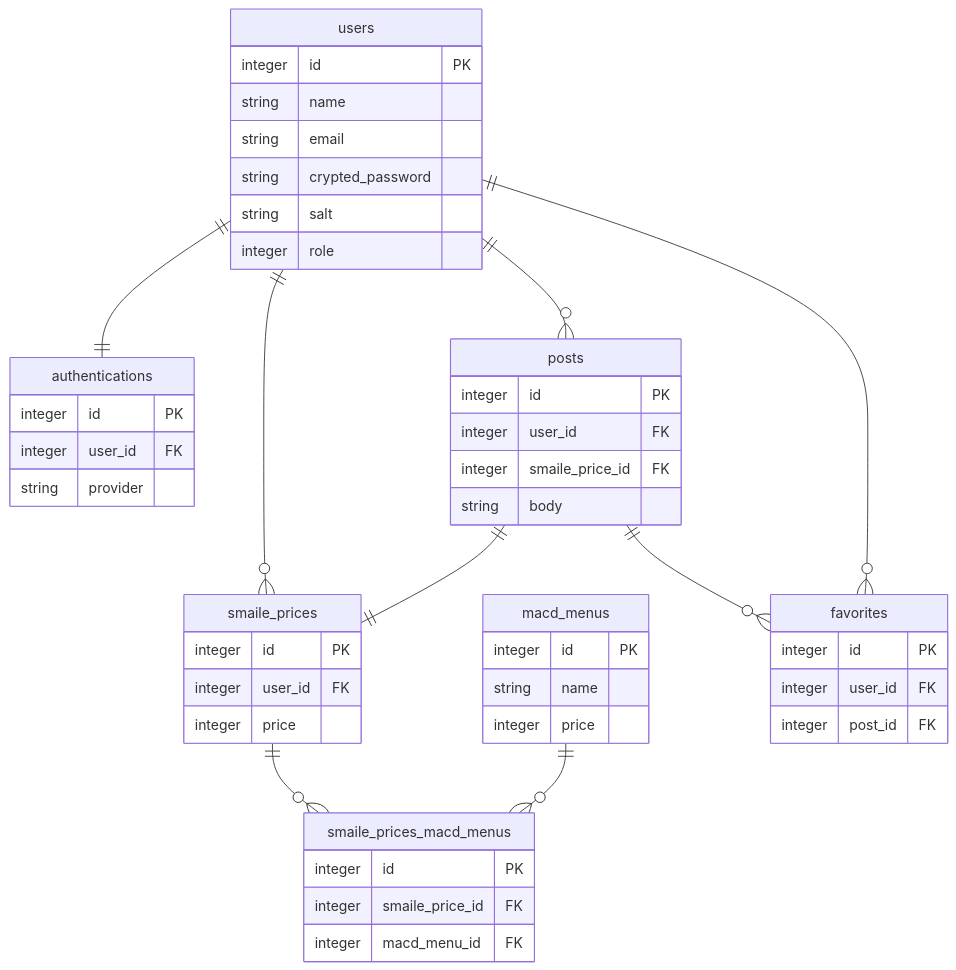
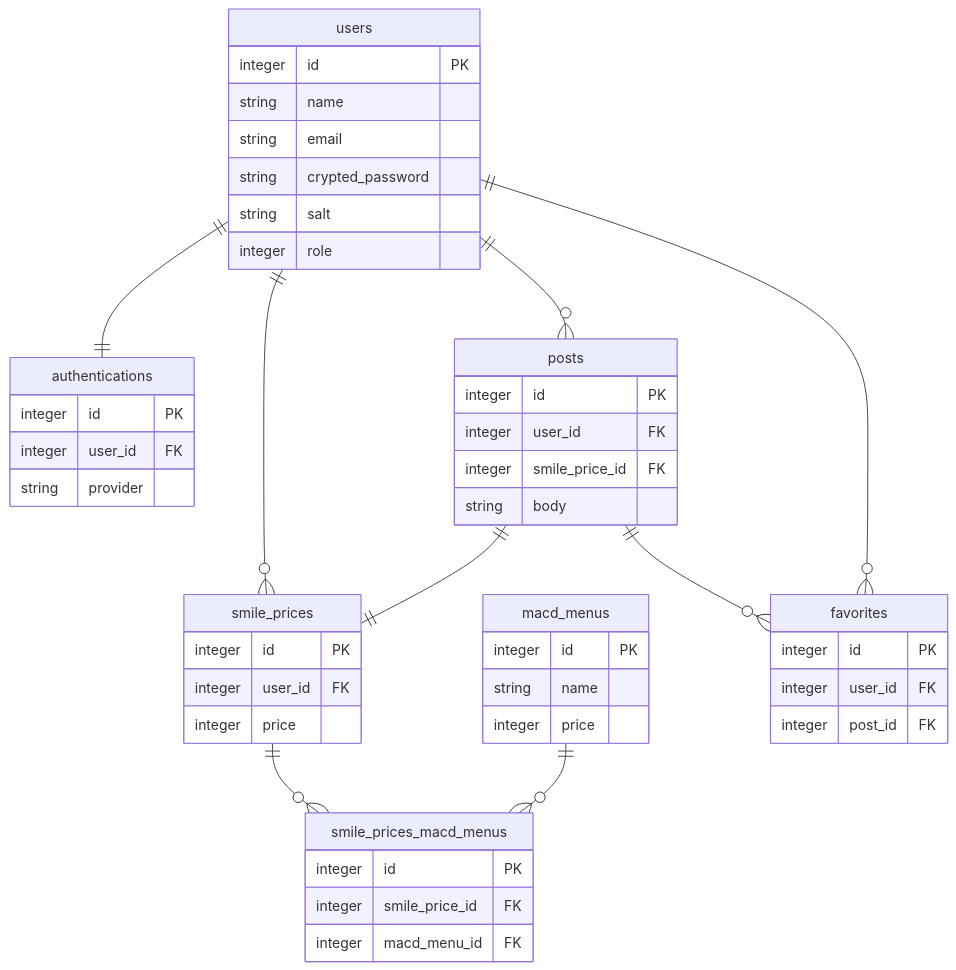
Before and after one commit to tsukudakouhei/smile_howmach: the diagram in er_diagram.mmd, drawn with Mermaid.

Commit message:
Fix: 誤字を修正

```diff
--- a/er_diagram.mmd
+++ b/er_diagram.mmd
@@ -1,56 +1,56 @@
 erDiagram
 
 users {
 	integer id PK
   string name
   string email
 	string crypted_password
 	string salt
 	integer role
 }
 
 authentications {
 	integer id PK
   integer user_id FK
   string provider
 }
 
-smaile_prices {
+smile_prices {
 	integer id PK
 	integer user_id FK
 	integer price
 }
 
 macd_menus {
 	integer id PK
 	string name
 	integer price
 }
 
-smaile_prices_macd_menus {
+smile_prices_macd_menus {
 	integer id PK
-	integer smaile_price_id FK
+	integer smile_price_id FK
 	integer  macd_menu_id FK
 }
 
 posts {
 	integer id PK
 	integer user_id FK
-	integer smaile_price_id FK
+	integer smile_price_id FK
 	string body
 }
 
 favorites {
 	integer id PK
 	integer user_id FK
 	integer post_id FK
 }
 
 users ||--|| authentications: ""
-users ||--o{ smaile_prices: ""
-smaile_prices ||--o{ smaile_prices_macd_menus: ""
-macd_menus ||--o{ smaile_prices_macd_menus: ""
+users ||--o{ smile_prices: ""
+smile_prices ||--o{ smile_prices_macd_menus: ""
+macd_menus ||--o{ smile_prices_macd_menus: ""
 users ||--o{ posts: ""
-posts ||--|| smaile_prices:""
+posts ||--|| smile_prices:""
 users ||--o{ favorites: ""
 posts ||--o{ favorites: ""
```
